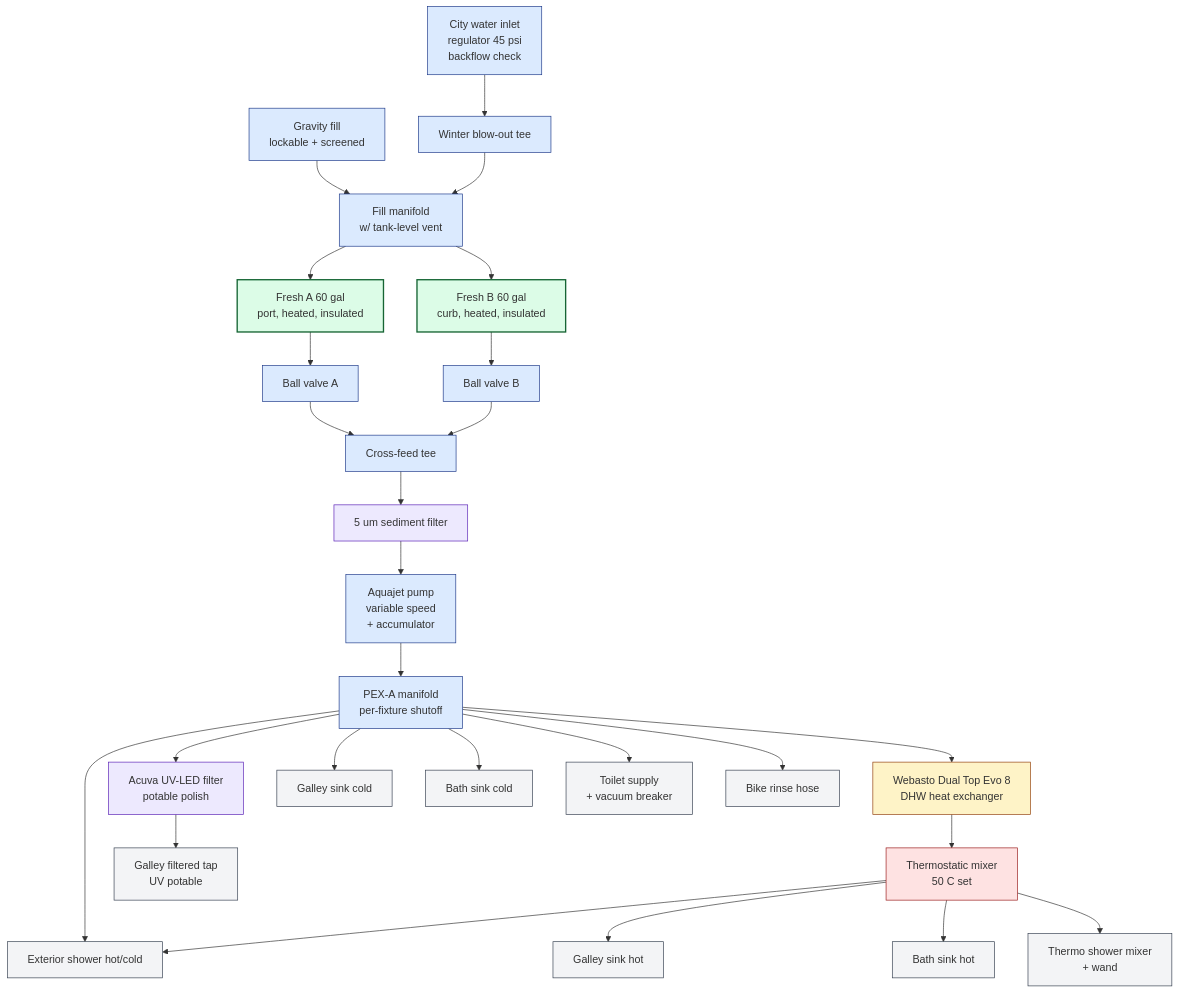
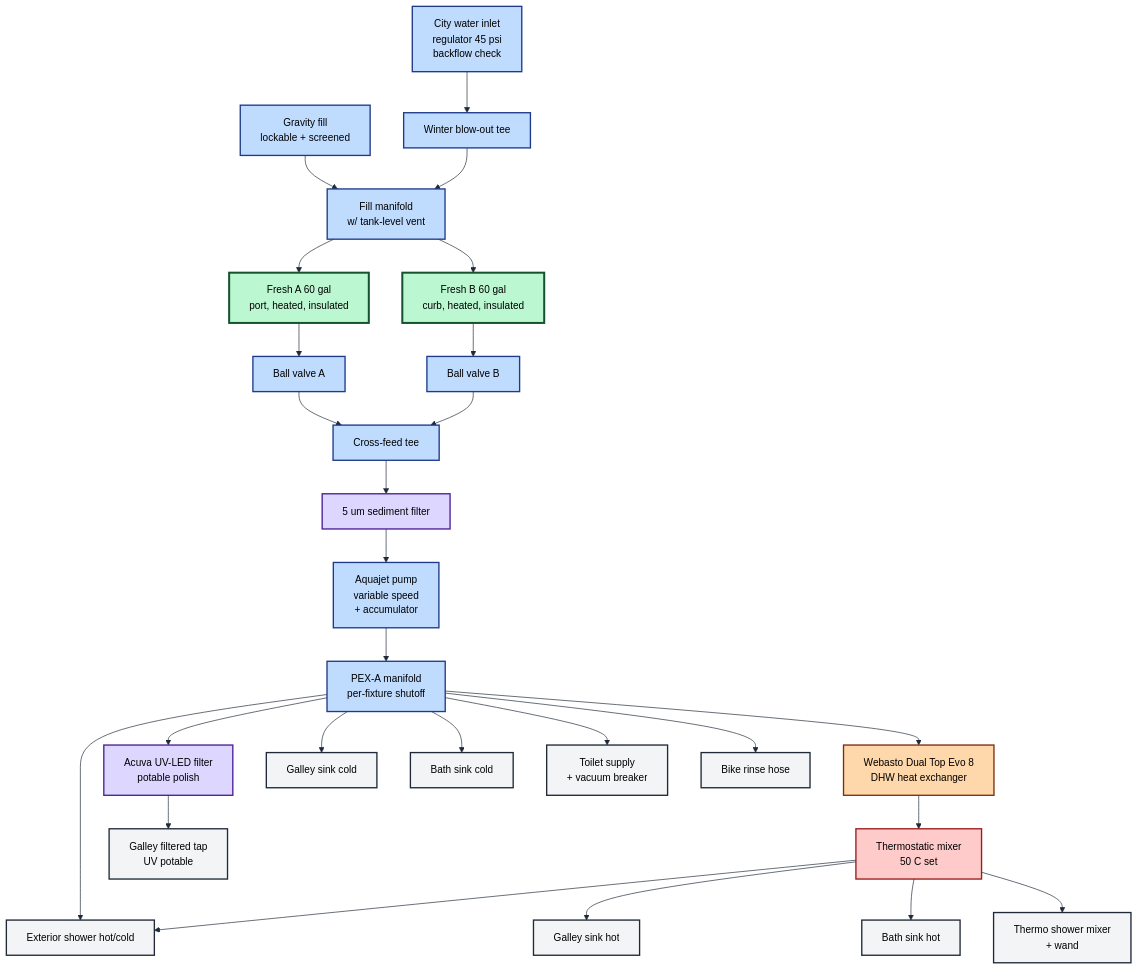
The diagram in diagrams/plumbing-fresh.mmd (glonnon/diyearthroamer), drawn with Mermaid before and after one commit. The commit also changed 15 other files, not shown here.

First line of the commit message:
Mermaid contrast fixes + dinette / bath / wardrobe / cabover modules

```diff
--- a/diagrams/plumbing-fresh.mmd
+++ b/diagrams/plumbing-fresh.mmd
@@ -1,46 +1,47 @@
 %% Plumbing — Fresh water supply
 %% Render: mmdc -i diagrams/plumbing-fresh.mmd -o diagrams/plumbing-fresh.svg
+%%{init: {'theme':'base','themeVariables':{'primaryColor':'#fff','primaryTextColor':'#000','primaryBorderColor':'#000','lineColor':'#1f2937','fontFamily':'Inter, system-ui, sans-serif','fontSize':'15px'}}}%%
 flowchart TB
-    classDef cold fill:#dbeafe,stroke:#1e3a8a,stroke-width:1px
-    classDef hot fill:#fee2e2,stroke:#991b1b,stroke-width:1px
-    classDef tank fill:#dcfce7,stroke:#166534,stroke-width:2px
-    classDef filt fill:#ede9fe,stroke:#5b21b6,stroke-width:1px
-    classDef heat fill:#fef3c7,stroke:#92400e,stroke-width:1px
-    classDef fix fill:#f3f4f6,stroke:#374151,stroke-width:1px
+    classDef cold fill:#bfdbfe,stroke:#1e3a8a,stroke-width:2px,color:#000
+    classDef hot fill:#fecaca,stroke:#991b1b,stroke-width:2px,color:#000
+    classDef tank fill:#bbf7d0,stroke:#14532d,stroke-width:3px,color:#000
+    classDef filt fill:#ddd6fe,stroke:#4c1d95,stroke-width:2px,color:#000
+    classDef heat fill:#fed7aa,stroke:#7c2d12,stroke-width:2px,color:#000
+    classDef fix fill:#f3f4f6,stroke:#1f2937,stroke-width:2px,color:#000
 
     Fill[Gravity fill<br/>lockable + screened]:::cold
     City[City water inlet<br/>regulator 45 psi<br/>backflow check]:::cold
     BlowOut[Winter blow-out tee]:::cold
     Manifold[Fill manifold<br/>w/ tank-level vent]:::cold
     TankA[Fresh A 60 gal<br/>port, heated, insulated]:::tank
     TankB[Fresh B 60 gal<br/>curb, heated, insulated]:::tank
     BV_A[Ball valve A]:::cold
     BV_B[Ball valve B]:::cold
     XFeed[Cross-feed tee]:::cold
     Sed[5 um sediment filter]:::filt
     Pump[Aquajet pump<br/>variable speed<br/>+ accumulator]:::cold
     UV[Acuva UV-LED filter<br/>potable polish]:::filt
     PEXManifold[PEX-A manifold<br/>per-fixture shutoff]:::cold
     DHW[Webasto Dual Top Evo 8<br/>DHW heat exchanger]:::heat
     Mix[Thermostatic mixer<br/>50 C set]:::hot
 
     GalleyCold[Galley sink cold]:::fix
     GalleyHot[Galley sink hot]:::fix
     GalleyFilt[Galley filtered tap<br/>UV potable]:::fix
     BathCold[Bath sink cold]:::fix
     BathHot[Bath sink hot]:::fix
     Shower[Thermo shower mixer<br/>+ wand]:::fix
     Toilet[Toilet supply<br/>+ vacuum breaker]:::fix
     ExtShower[Exterior shower hot/cold]:::fix
     BikeRinse[Bike rinse hose]:::fix
 
     Fill --> Manifold
     City --> BlowOut --> Manifold
     Manifold --> TankA & TankB
     TankA --> BV_A --> XFeed
     TankB --> BV_B --> XFeed
     XFeed --> Sed --> Pump --> PEXManifold
     PEXManifold --> UV --> GalleyFilt
     PEXManifold --> GalleyCold & BathCold & ExtShower & BikeRinse & Toilet
     PEXManifold --> DHW --> Mix
     Mix --> GalleyHot & BathHot & Shower & ExtShower
```
